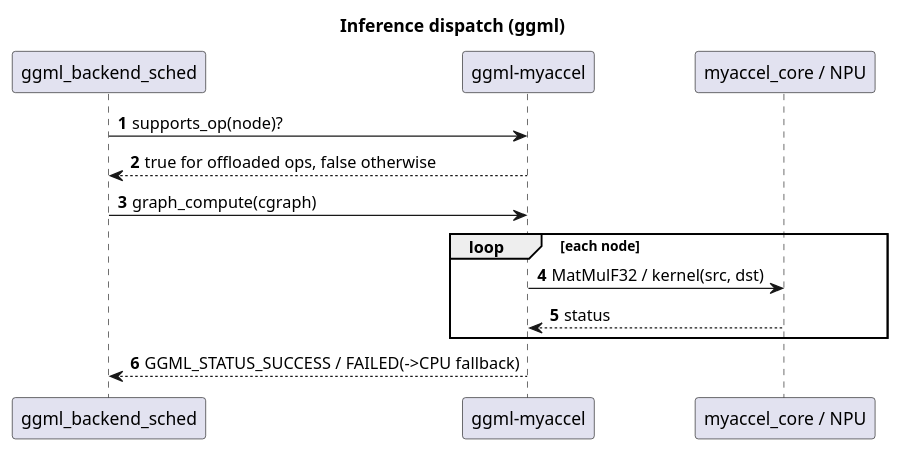
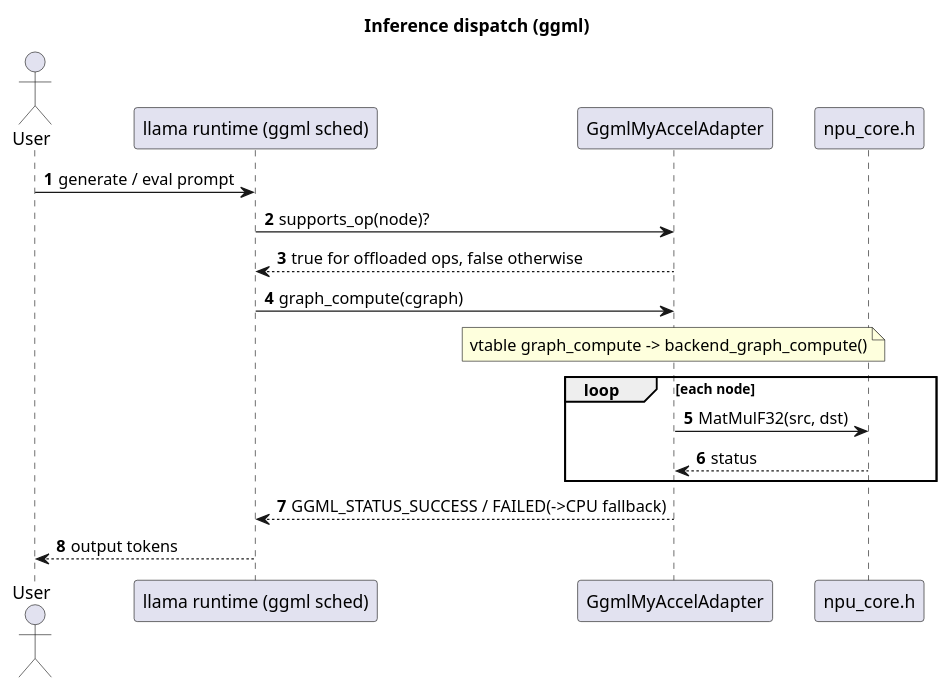
One commit to froginaz/onnxruntime changed the fifth of 6 diagrams in shared_backend/docs/design.puml. Above: the diagram before and after it, drawn with PlantUML. The commit also changed other lines of this file and 1 other file, not shown here.

First line of the commit message:
Refine sequence diagrams: user-initiated, class-name participants, matched methods

```diff
--- a/shared_backend/docs/design.puml
+++ b/shared_backend/docs/design.puml
@@ -224,18 +233,22 @@
 @startuml seq_infer_ggml
 title Inference dispatch (ggml)
 autonumber
 skinparam shadowing false
 
-participant "ggml_backend_sched" as Sched
-participant "ggml-myaccel" as AD
-participant "myaccel_core / NPU" as Core
+actor User
+participant "llama runtime (ggml sched)" as Sched
+participant GgmlMyAccelAdapter as AD
+participant "npu_core.h" as NpuCore
 
+User -> Sched : generate / eval prompt
 Sched -> AD : supports_op(node)?
 AD --> Sched : true for offloaded ops, false otherwise
 Sched -> AD : graph_compute(cgraph)
+note over AD : vtable graph_compute -> backend_graph_compute()
 loop each node
-  AD -> Core : MatMulF32 / kernel(src, dst)
-  Core --> AD : status
+  AD -> NpuCore : MatMulF32(src, dst)
+  NpuCore --> AD : status
 end
 AD --> Sched : GGML_STATUS_SUCCESS / FAILED(->CPU fallback)
+Sched --> User : output tokens
 @enduml
```
